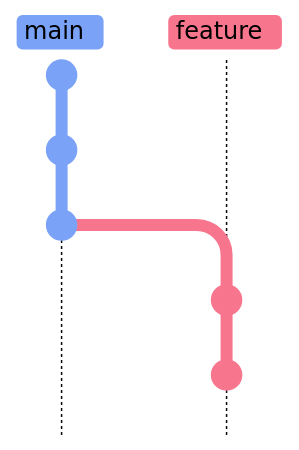
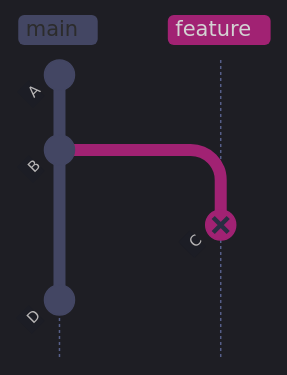
The third of 4 diagrams in content/08-Git/10-git-merge-conflicts.md (alp78/elysium), drawn with Mermaid before and after one commit. The commit also changed other lines of this file and 13 other files, not shown here.

````diff
--- a/content/08-Git/10-git-merge-conflicts.md
+++ b/content/08-Git/10-git-merge-conflicts.md
@@ -223,10 +601,21 @@
 ```mermaid
-%%{init: {'theme': 'base', 'themeVariables': {'git0': '#7aa2f7', 'git1': '#f7768e', 'git2': '#9ece6a', 'git3': '#e0af68', 'git4': '#bb9af7', 'gitBranchLabel0': '#000000', 'gitBranchLabel1': '#000000', 'gitBranchLabel2': '#000000', 'gitBranchLabel3': '#000000', 'commitLabelColor': '#ffffff', 'commitLabelBackground': 'transparent', 'commitLabelFontSize': '14px', 'tagLabelColor': '#000000', 'tagLabelBackground': '#c0caf5'}, 'gitGraph': {'mainBranchName': 'main'}} }%%
+%%{init: {'theme': 'dark', 'themeVariables': {
+  'primaryColor': '#292e42',
+  'primaryTextColor': '#c0caf5',
+  'primaryBorderColor': '#565f89',
+  'lineColor': '#565f89',
+  'secondaryColor': '#1a1b26',
+  'tertiaryColor': '#24283b',
+  'noteTextColor': '#c0caf5',
+  'noteBkgColor': '#292e42',
+  'textColor': '#c0caf5',
+  'fontSize': '14px'
+}, 'gitGraph': {'mainBranchName': 'main'}}}%%
 gitGraph TB:
   commit id: "A"
   commit id: "B"
-  commit id: "E"
   branch feature
-  commit id: "C'"
-  commit id: "D'"
+  commit id: "C" type: REVERSE
+  checkout main
+  commit id: "D"
 ```
````
